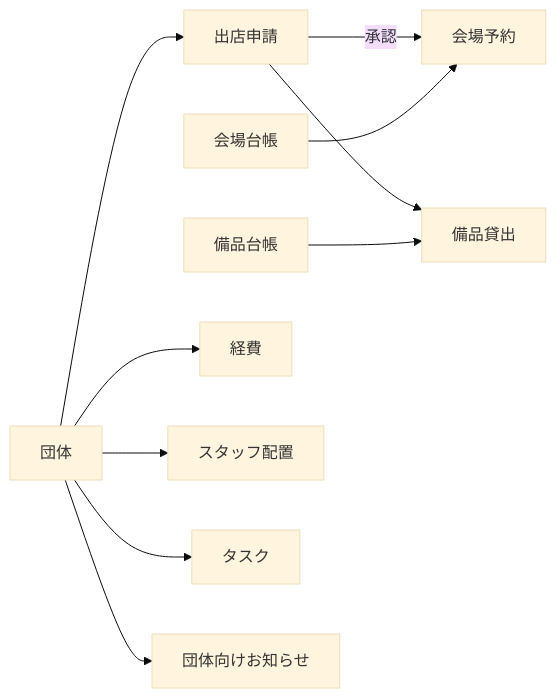
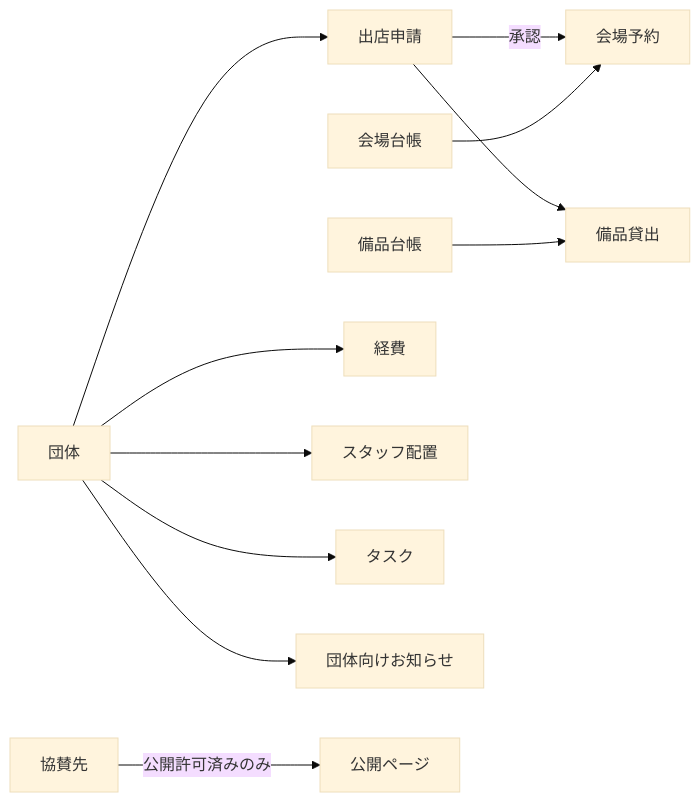
The diagram in docs/業務とデータ.md (f25ba038/campus-festival), drawn with Mermaid (base theme) before and after one commit. The commit also changed other lines of this file and 7 other files, not shown here.

````diff
--- a/docs/業務とデータ.md
+++ b/docs/業務とデータ.md
@@ -7,12 +7,13 @@
 ```mermaid
 flowchart LR
   G[団体] --> A[出店申請]
   A -->|承認| R[会場予約]
   V[会場台帳] --> R
   A --> L[備品貸出]
   E[備品台帳] --> L
   G --> X[経費]
   G --> S[スタッフ配置]
   G --> T[タスク]
   G --> N[団体向けお知らせ]
+  SP[協賛先] -->|公開許可済みのみ| WEB[公開ページ]
 ```
````
